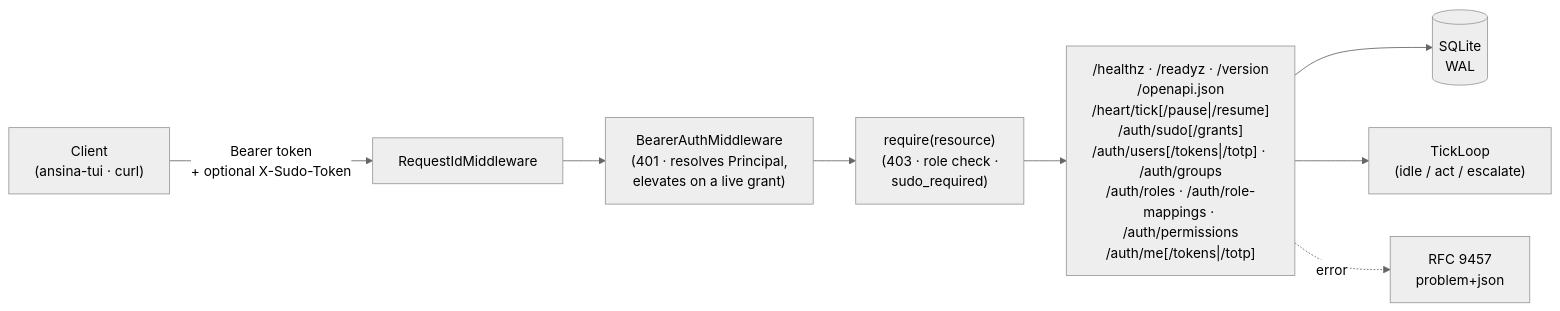
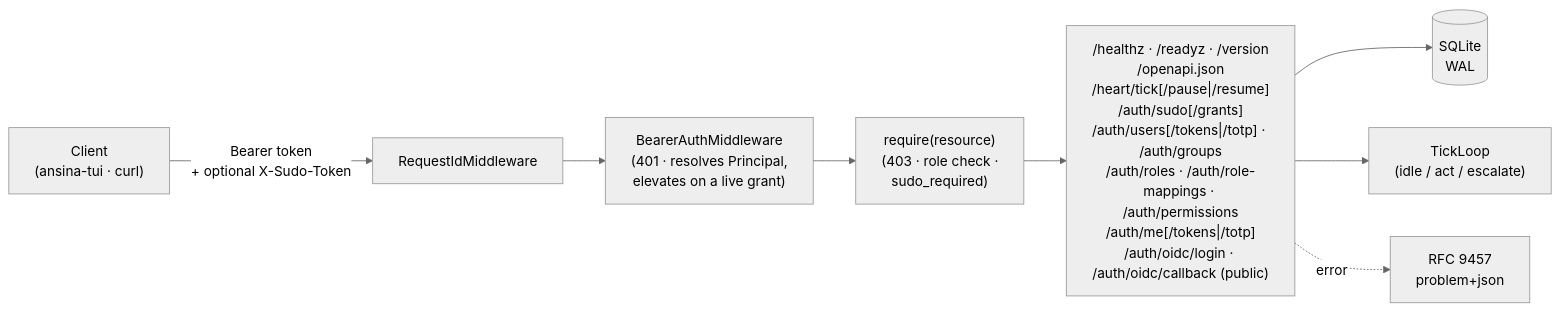
Before and after one commit to giacchetta/ansina: the first of 2 diagrams in README.md, drawn with Mermaid (neutral theme). The commit also changed other lines of this file and 26 other files, not shown here.

Commit message:
feat: OAuth 2.0 / OIDC federated login (login exchange)

````diff
--- a/README.md
+++ b/README.md
@@ -9,10 +9,10 @@
 ```mermaid
 flowchart LR
     Client["Client<br/>(ansina-tui · curl)"] -->|Bearer token<br/>+ optional X-Sudo-Token| MW["RequestIdMiddleware"]
     MW --> Auth["BearerAuthMiddleware<br/>(401 · resolves Principal,<br/>elevates on a live grant)"]
     Auth --> Authz["require(resource)<br/>(403 · role check ·<br/>sudo_required)"]
-    Authz --> Routes["/healthz · /readyz · /version<br/>/openapi.json<br/>/heart/tick[/pause|/resume]<br/>/auth/sudo[/grants]<br/>/auth/users[/tokens|/totp] · /auth/groups<br/>/auth/roles · /auth/role-mappings · /auth/permissions<br/>/auth/me[/tokens|/totp]"]
+    Authz --> Routes["/healthz · /readyz · /version<br/>/openapi.json<br/>/heart/tick[/pause|/resume]<br/>/auth/sudo[/grants]<br/>/auth/users[/tokens|/totp] · /auth/groups<br/>/auth/roles · /auth/role-mappings · /auth/permissions<br/>/auth/me[/tokens|/totp]<br/>/auth/oidc/login · /auth/oidc/callback (public)"]
     Routes --> DB[("SQLite<br/>WAL")]
     Routes --> Tick["TickLoop<br/>(idle / act / escalate)"]
     Routes -.error.-> Problem["RFC 9457<br/>problem+json"]
 ```
````
